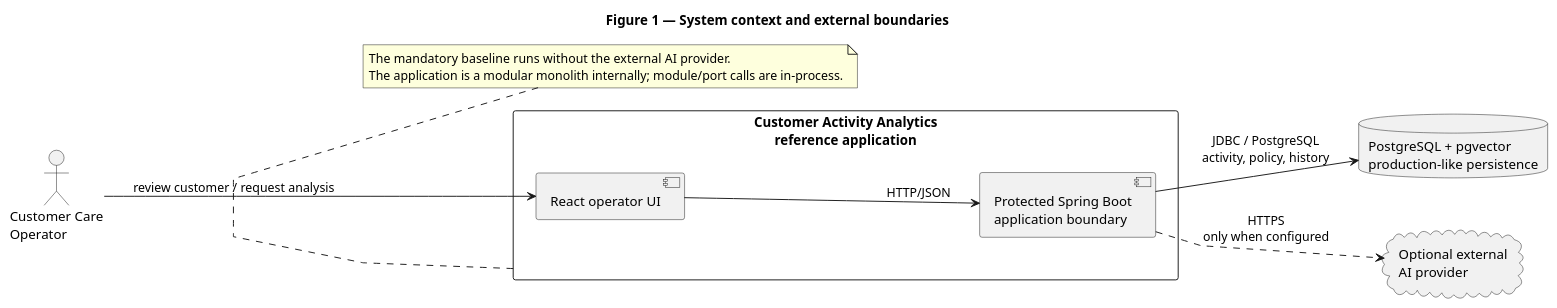
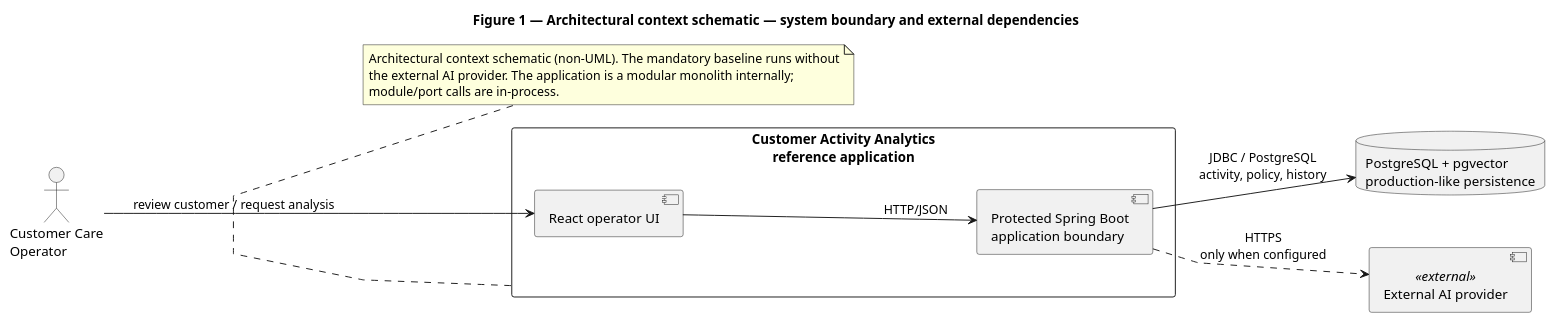
One commit to jdoe-dev-159753/specgraph-reference-app changed the diagram in docs/assignment/SDD/diagrams/system-context.puml. Above: the diagram before and after it, drawn with PlantUML.

Commit message:
docs: label system context as architectural schematic

```diff
--- a/docs/assignment/SDD/diagrams/system-context.puml
+++ b/docs/assignment/SDD/diagrams/system-context.puml
@@ -1,25 +1,26 @@
 @startuml
-title Figure 1 — System context and external boundaries
+title Figure 1 — Architectural context schematic — system boundary and external dependencies
 left to right direction
 skinparam linetype polyline
 skinparam nodesep 55
 skinparam ranksep 60
 
 actor "Customer Care\nOperator" as Operator
 rectangle "Customer Activity Analytics\nreference application" as System {
   component "React operator UI" as UI
   component "Protected Spring Boot\napplication boundary" as App
 }
 database "PostgreSQL + pgvector\nproduction-like persistence" as DB
-cloud "Optional external\nAI provider" as Provider
+component "External AI provider" as Provider <<external>>
 
 Operator --> UI : review customer / request analysis
 UI --> App : HTTP/JSON
 App --> DB : JDBC / PostgreSQL\nactivity, policy, history
 App ..> Provider : HTTPS\nonly when configured
 
 note bottom of System
-  The mandatory baseline runs without the external AI provider.
-  The application is a modular monolith internally; module/port calls are in-process.
+  Architectural context schematic (non-UML). The mandatory baseline runs without
+  the external AI provider. The application is a modular monolith internally;
+  module/port calls are in-process.
 end note
 @enduml
```
